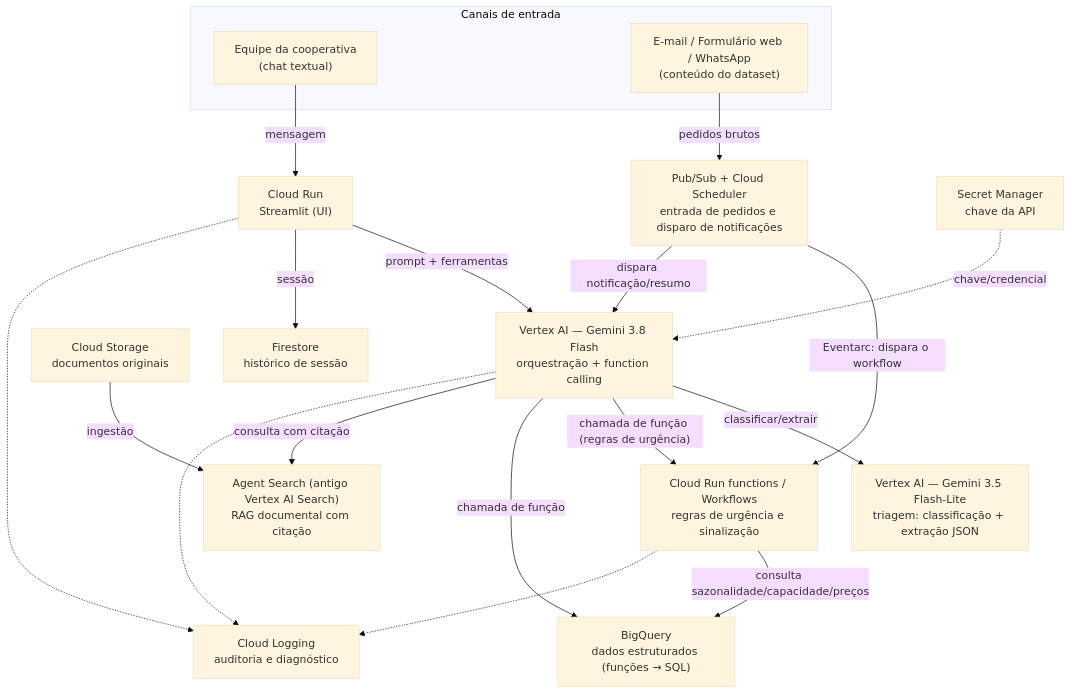
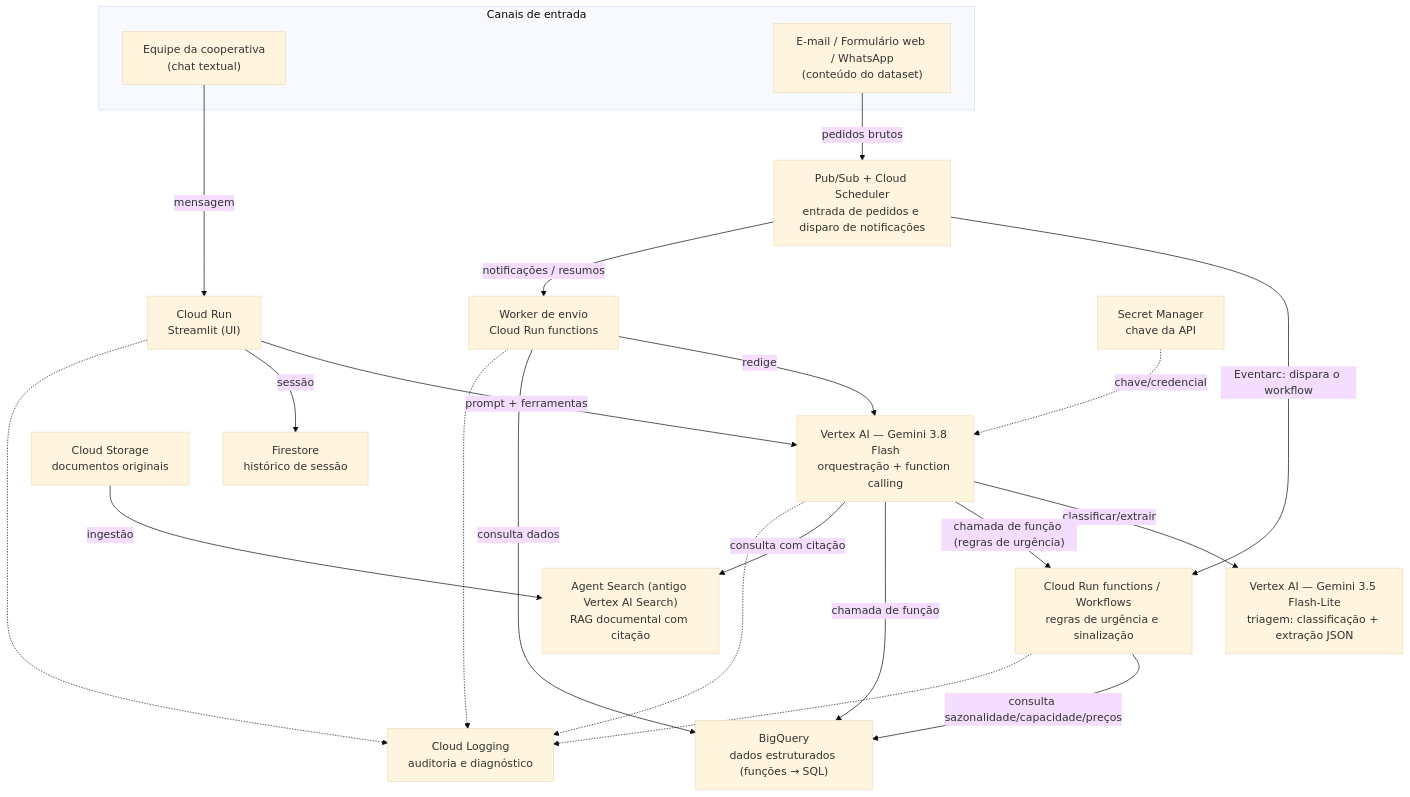
The first of 5 diagrams in docs/04-arquitetura.md (Mur1love/sabor-da-terra-assistente), drawn with Mermaid (base theme) before and after one commit. The commit also changed other lines of this file and 6 other files, not shown here.

First line of the commit message:
Diagramas e sequências: revisão do PR #33 aplicada

````diff
--- a/docs/04-arquitetura.md
+++ b/docs/04-arquitetura.md
@@ -207,36 +207,40 @@
 ```mermaid
 flowchart TB
     subgraph Entrada["Canais de entrada"]
         UI["Equipe da cooperativa<br/>(chat textual)"]
         Canais["E-mail / Formulário web / WhatsApp<br/>(conteúdo do dataset)"]
     end
 
     CR["Cloud Run<br/>Streamlit (UI)"]
     VAI["Vertex AI — Gemini 3.8 Flash<br/>orquestração + function calling"]
     FL["Vertex AI — Gemini 3.5 Flash-Lite<br/>triagem: classificação + extração JSON"]
     FUN["Cloud Run functions / Workflows<br/>regras de urgência e sinalização"]
+    WK["Worker de envio<br/>Cloud Run functions"]
     BQ["BigQuery<br/>dados estruturados (funções → SQL)"]
     AS["Agent Search (antigo Vertex AI Search)<br/>RAG documental com citação"]
     GCS["Cloud Storage<br/>documentos originais"]
     FST["Firestore<br/>histórico de sessão"]
     PS["Pub/Sub + Cloud Scheduler<br/>entrada de pedidos e disparo de notificações"]
     SM["Secret Manager<br/>chave da API"]
     LOG["Cloud Logging<br/>auditoria e diagnóstico"]
 
     UI -->|"mensagem"| CR
     CR -->|"prompt + ferramentas"| VAI
     CR -->|"sessão"| FST
     VAI -->|"classificar/extrair"| FL
     VAI -->|"chamada de função (regras de urgência)"| FUN
     VAI -->|"chamada de função"| BQ
     VAI -->|"consulta com citação"| AS
     Canais -->|"pedidos brutos"| PS
     PS -->|"Eventarc: dispara o workflow"| FUN
-    PS -->|"dispara notificação/resumo"| VAI
+    PS -->|"notificações / resumos"| WK
+    WK -->|"redige"| VAI
+    WK -->|"consulta dados"| BQ
     GCS -->|"ingestão"| AS
     FUN -->|"consulta sazonalidade/capacidade/preços"| BQ
     SM -.->|"chave/credencial"| VAI
     CR -.-> LOG
     VAI -.-> LOG
     FUN -.-> LOG
+    WK -.-> LOG
 ```
````
